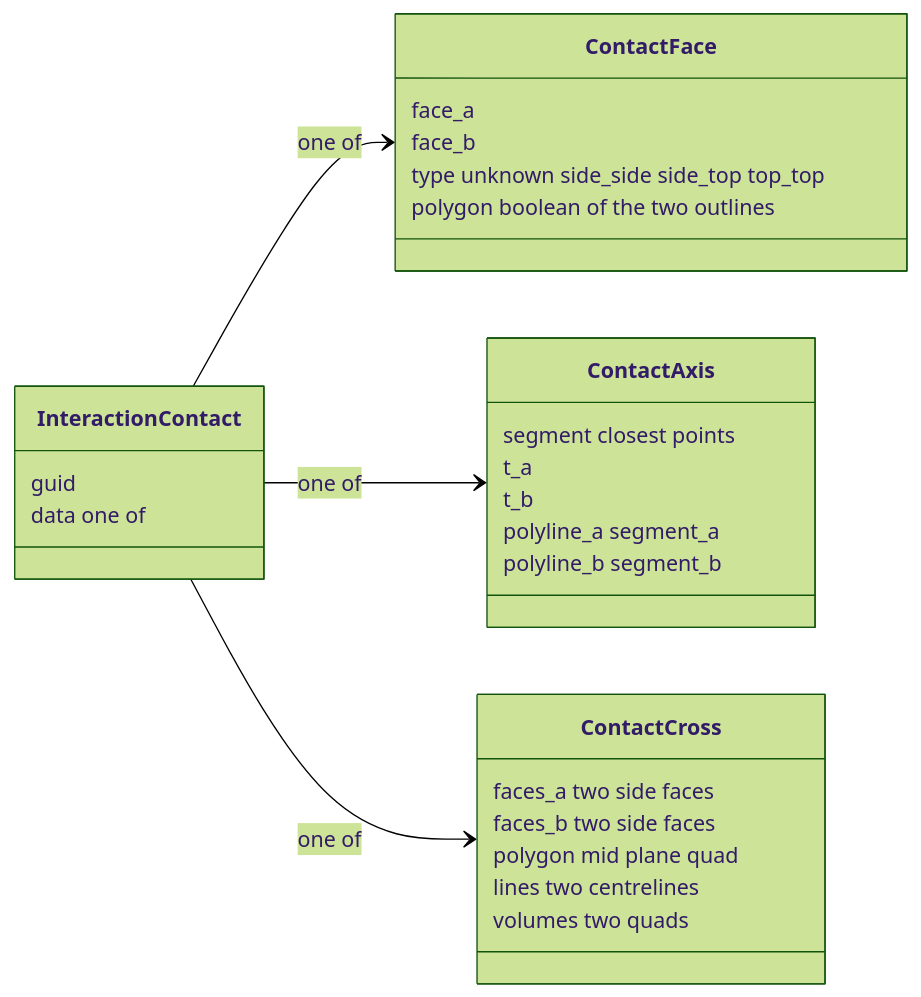
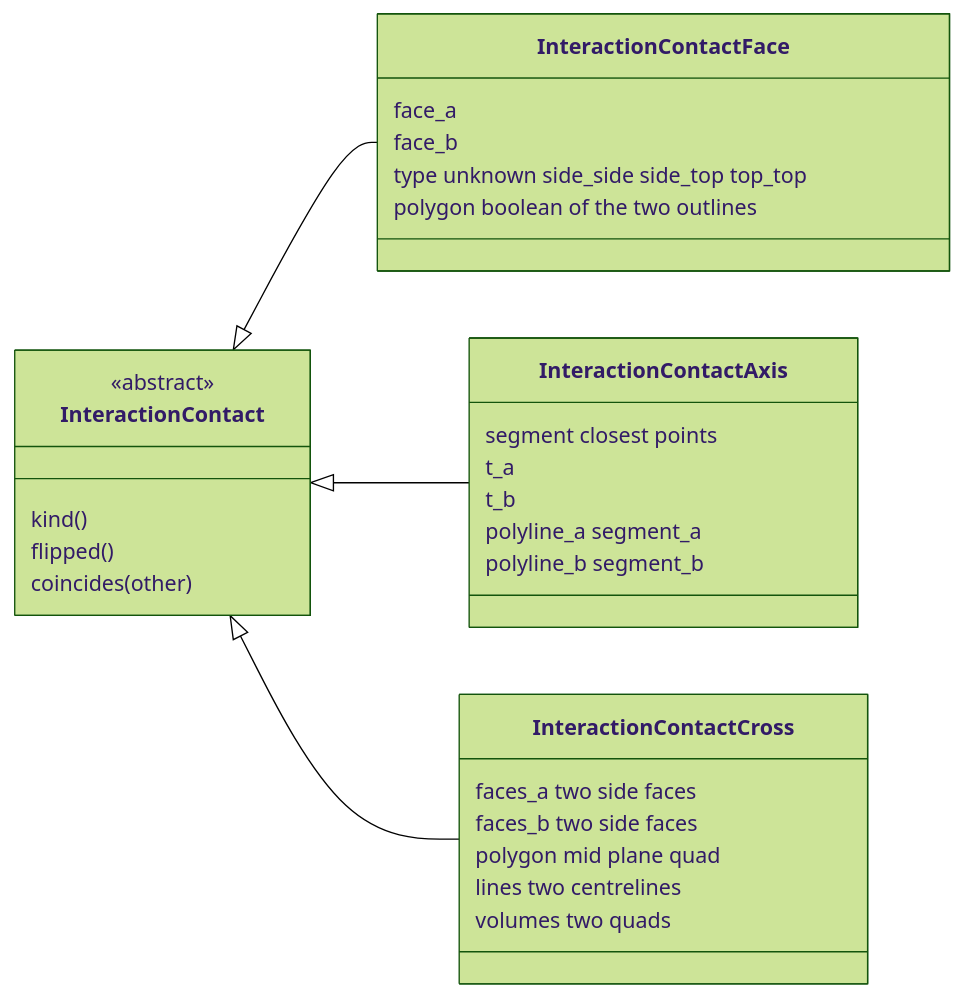
The second of 10 diagrams in src/docs.md (petrasvestartas/wood), drawn with Mermaid (forest theme) before and after one commit. The commit also changed other lines of this file and 132 other files, not shown here.

Commit message:
wood: interactions derive from the kernel's abstract Interaction (InteractionContact/Feature/Structure and their leaves), WoodSession add/get/has/remove_interaction on elements only, contacts and joints stored per edge, no private helpers

````diff
--- a/src/docs.md
+++ b/src/docs.md
@@ -55,31 +56,33 @@
 ```mermaid
 classDiagram
     direction LR
     class InteractionContact {
-        guid
-        data one of
+        <<abstract>>
+        kind()
+        flipped()
+        coincides(other)
     }
-    class ContactFace {
+    class InteractionContactFace {
         face_a
         face_b
         type unknown side_side side_top top_top
         polygon boolean of the two outlines
     }
-    class ContactAxis {
+    class InteractionContactAxis {
         segment closest points
         t_a
         t_b
         polyline_a segment_a
         polyline_b segment_b
     }
-    class ContactCross {
+    class InteractionContactCross {
         faces_a two side faces
         faces_b two side faces
         polygon mid plane quad
         lines two centrelines
         volumes two quads
     }
-    InteractionContact --> ContactFace : one of
-    InteractionContact --> ContactAxis : one of
-    InteractionContact --> ContactCross : one of
+    InteractionContact <|-- InteractionContactFace
+    InteractionContact <|-- InteractionContactAxis
+    InteractionContact <|-- InteractionContactCross
 ```
````
